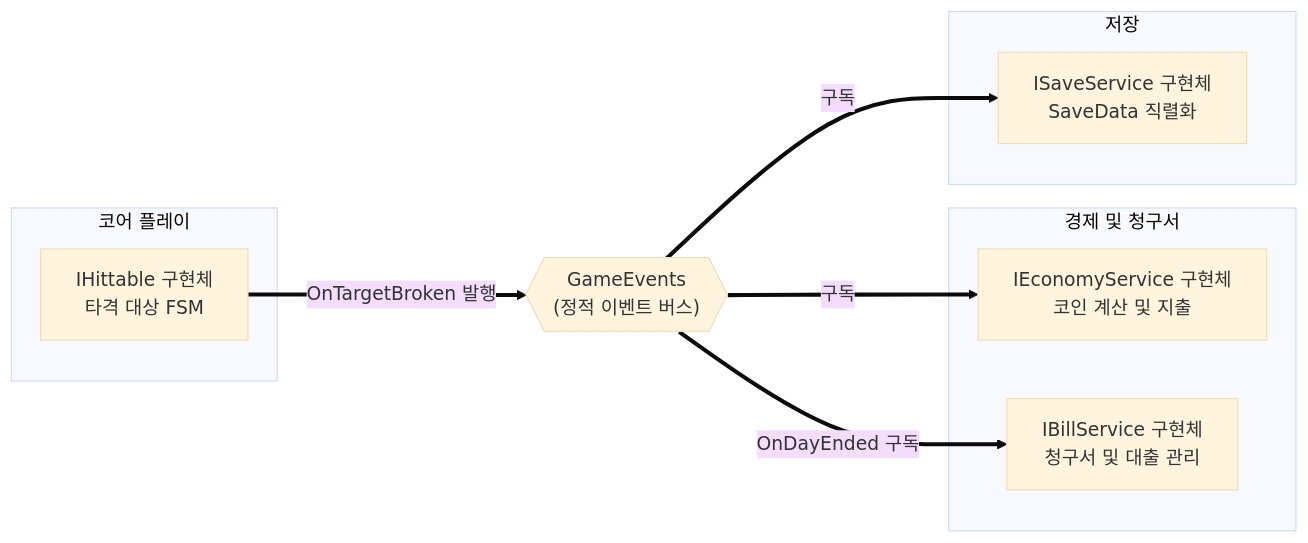
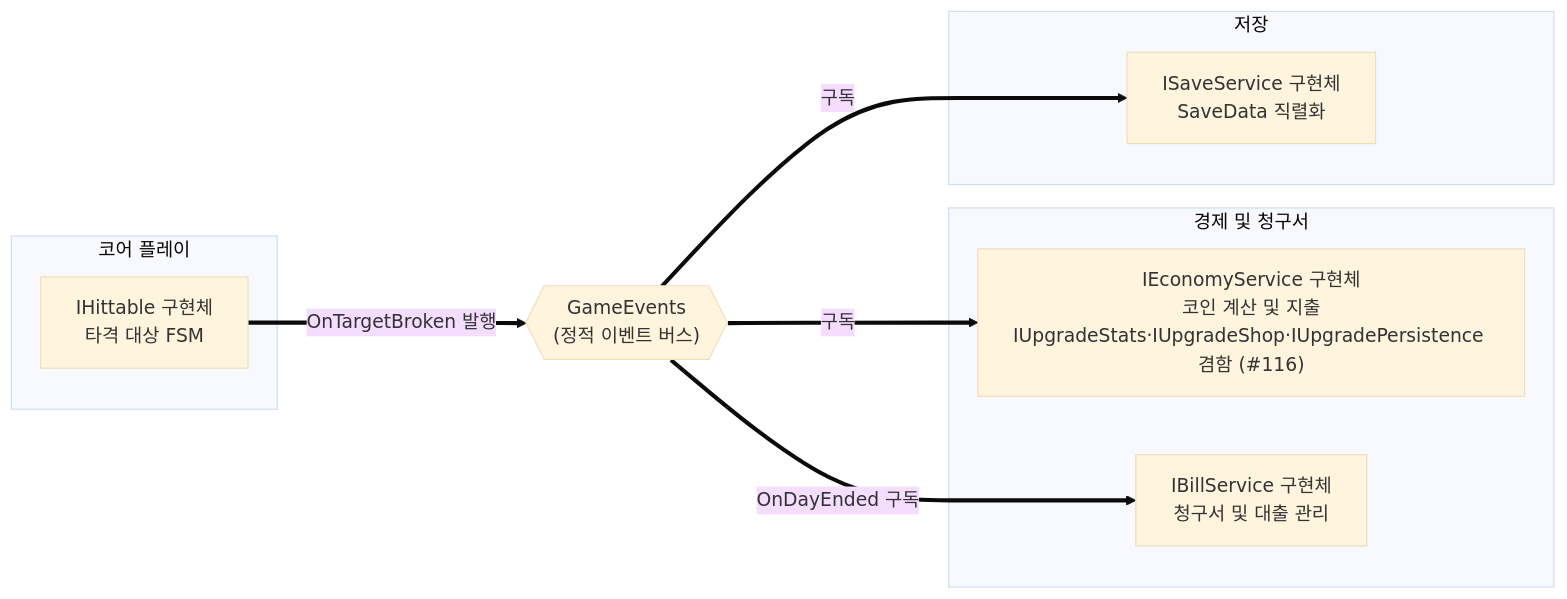
The diagram in docs/TECH_NOTES/contracts.md (KDNA-Gwangju-1/NCAIClicker), drawn with Mermaid (base theme) before and after one commit. The commit also changed other lines of this file, not shown here.

````diff
--- a/docs/TECH_NOTES/contracts.md
+++ b/docs/TECH_NOTES/contracts.md
@@ -23,22 +27,22 @@
 ```mermaid
 flowchart LR
   subgraph Core["코어 플레이"]
     Hittable["IHittable 구현체<br/>타격 대상 FSM"]
   end
 
   subgraph Economy["경제 및 청구서"]
-    EconService["IEconomyService 구현체<br/>코인 계산 및 지출"]
+    EconService["IEconomyService 구현체<br/>코인 계산 및 지출<br/>IUpgradeStats·IUpgradeShop·IUpgradePersistence 겸함 (#116)"]
     BillService["IBillService 구현체<br/>청구서 및 대출 관리"]
   end
 
   subgraph Save["저장"]
     SaveService["ISaveService 구현체<br/>SaveData 직렬화"]
   end
 
   events{{"GameEvents<br/>(정적 이벤트 버스)"}}
 
   Hittable == "OnTargetBroken 발행" ==> events
   events == "구독" ==> EconService
   events == "OnDayEnded 구독" ==> BillService
   events == "구독" ==> SaveService
 ```
````
